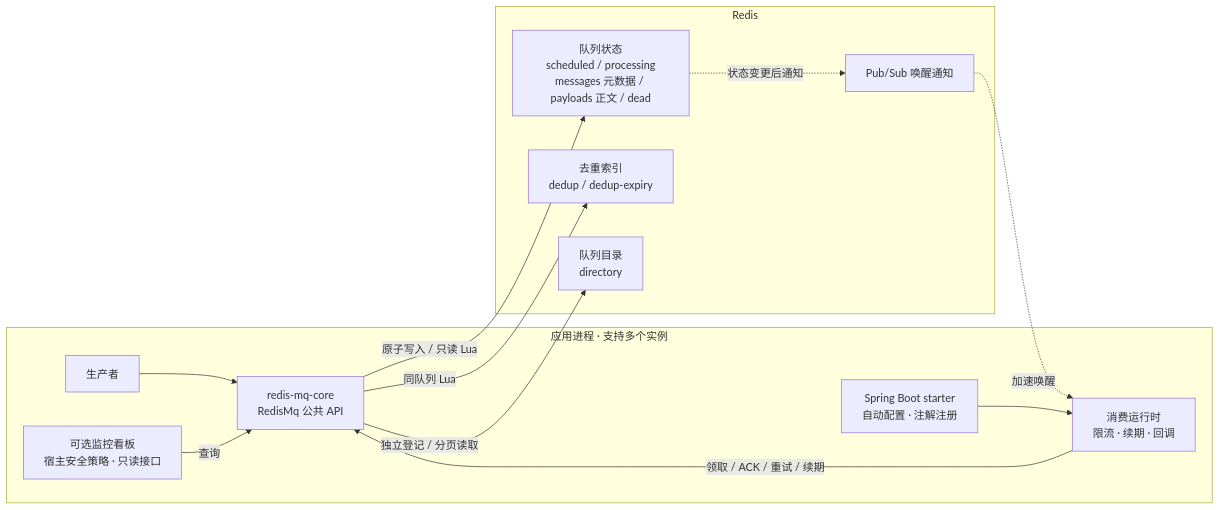
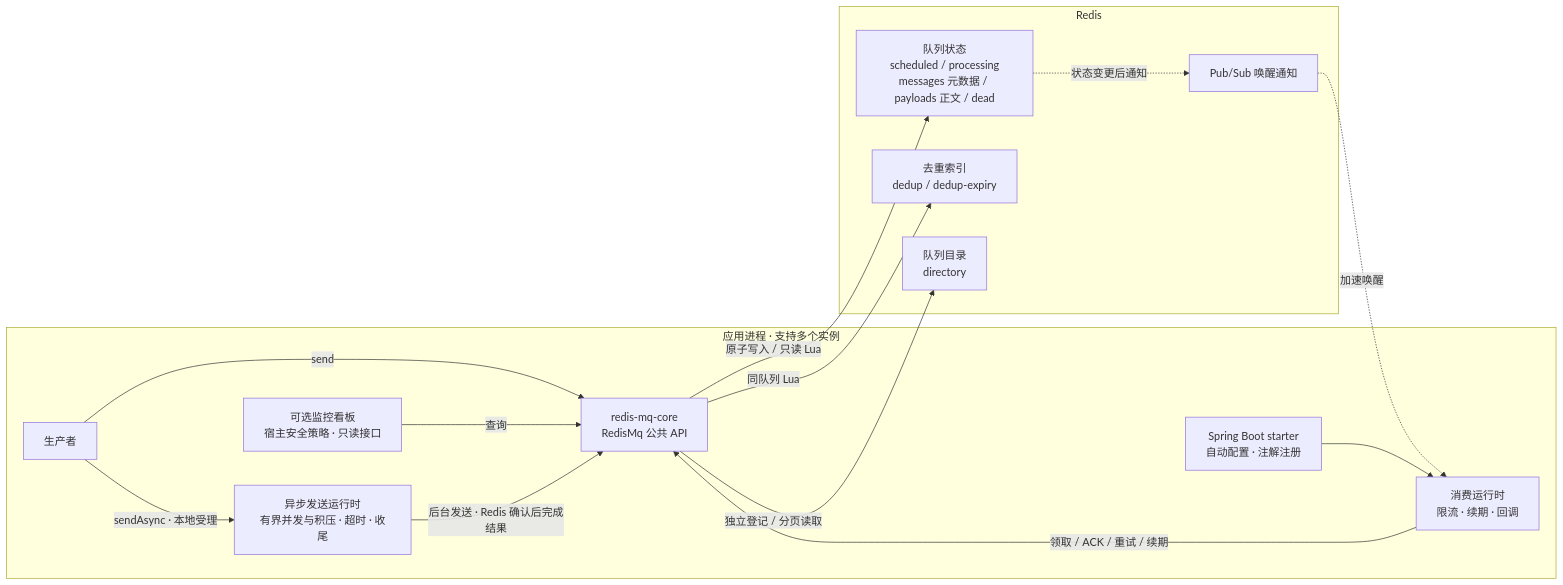
One commit to linbin-mk/redismq changed the first of 2 diagrams in README.md. Above: the diagram before and after it, drawn with Mermaid. The commit also changed other lines of this file and 26 other files, not shown here.

````diff
--- a/README.md
+++ b/README.md
@@ -102,20 +108,22 @@
 ```mermaid
 flowchart LR
     subgraph APP["应用进程 · 支持多个实例"]
-        P["生产者"] --> C["redis-mq-core<br/>RedisMq 公共 API"]
+        P["生产者"] -->|"send"| C["redis-mq-core<br/>RedisMq 公共 API"]
+        P -->|"sendAsync · 本地受理"| A["异步发送运行时<br/>有界并发与积压 · 超时 · 收尾"]
+        A -->|"后台发送 · Redis 确认后完成结果"| C
         S["Spring Boot starter<br/>自动配置 · 注解注册"] --> W["消费运行时<br/>限流 · 续期 · 回调"]
         W -->|"领取 / ACK / 重试 / 续期"| C
         D["可选监控看板<br/>宿主安全策略 · 只读接口"] -->|"查询"| C
     end
     subgraph REDIS["Redis"]
         Q["队列状态<br/>scheduled / processing<br/>messages 元数据 / payloads 正文 / dead"]
         I["去重索引<br/>dedup / dedup-expiry"]
         R["队列目录<br/>directory"]
         N["Pub/Sub 唤醒通知"]
     end
     C -->|"原子写入 / 只读 Lua"| Q
     C -->|"同队列 Lua"| I
     C -->|"独立登记 / 分页读取"| R
     Q -.->|"状态变更后通知"| N
     N -.->|"加速唤醒"| W
 ```
````
